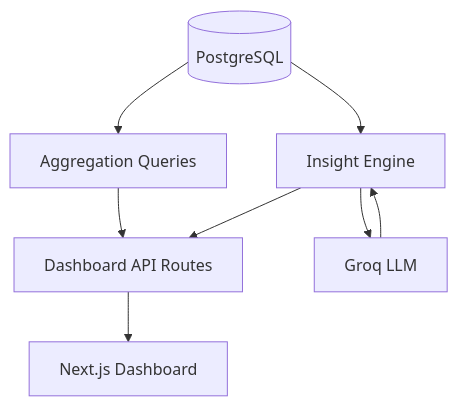
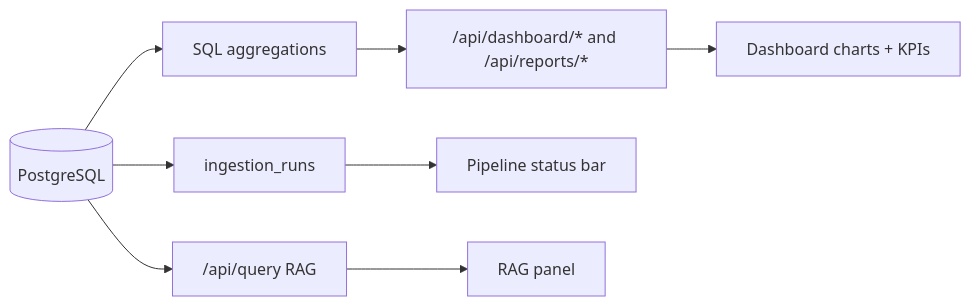
One commit to Aparnachandrashekar/voc-intelligence-platform changed the tenth of 12 diagrams in docs/phase-wise-architecture.md. Above: the diagram before and after it, drawn with Mermaid. The commit also changed other lines of this file and 170 other files, not shown here.

````diff
--- a/docs/phase-wise-architecture.md
+++ b/docs/phase-wise-architecture.md
@@ -537,11 +598,8 @@
 ```mermaid
-flowchart TB
-    PG[(PostgreSQL)] --> AGG[Aggregation Queries]
-    AGG --> API[Dashboard API Routes]
-    API --> UI[Next.js Dashboard]
-
-    PG --> INS[Insight Engine]
-    INS --> LLM[Groq LLM]
-    LLM --> INS
-    INS --> API
+flowchart LR
+    DB[(PostgreSQL)] --> Agg[SQL aggregations]
+    Agg --> API["/api/dashboard/* and /api/reports/*"]
+    API --> UI[Dashboard charts + KPIs]
+    DB --> Runs[ingestion_runs] --> Status[Pipeline status bar]
+    DB --> RAGsvc["/api/query RAG"] --> Bot[RAG panel]
 ```
````
